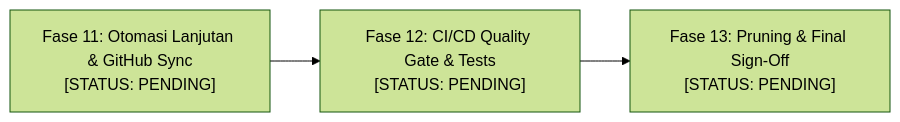
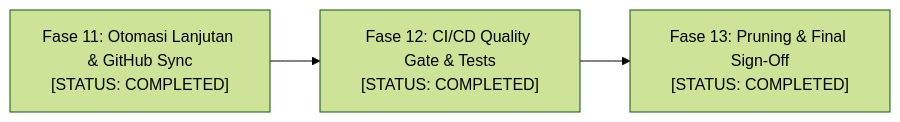
One commit to bagja-iskandar/Management changed the sixth of 6 diagrams in docs/master-remediation-plan.md. Above: the diagram before and after it, drawn with Mermaid (forest theme). The commit also changed other lines of this file and 29 other files, not shown here.

Commit message:
remediation: Fase 12 & 13 Completed

````diff
--- a/docs/master-remediation-plan.md
+++ b/docs/master-remediation-plan.md
@@ -656,5 +656,5 @@
 ```mermaid
 flowchart LR
-    F11["Fase 11: Otomasi Lanjutan & GitHub Sync\n[STATUS: PENDING]"] --> F12["Fase 12: CI/CD Quality Gate & Tests\n[STATUS: PENDING]"]
-    F12 --> F13["Fase 13: Pruning & Final Sign-Off\n[STATUS: PENDING]"]
+    F11["Fase 11: Otomasi Lanjutan & GitHub Sync\n[STATUS: COMPLETED]"] --> F12["Fase 12: CI/CD Quality Gate & Tests\n[STATUS: COMPLETED]"]
+    F12 --> F13["Fase 13: Pruning & Final Sign-Off\n[STATUS: COMPLETED]"]
 ```
````
